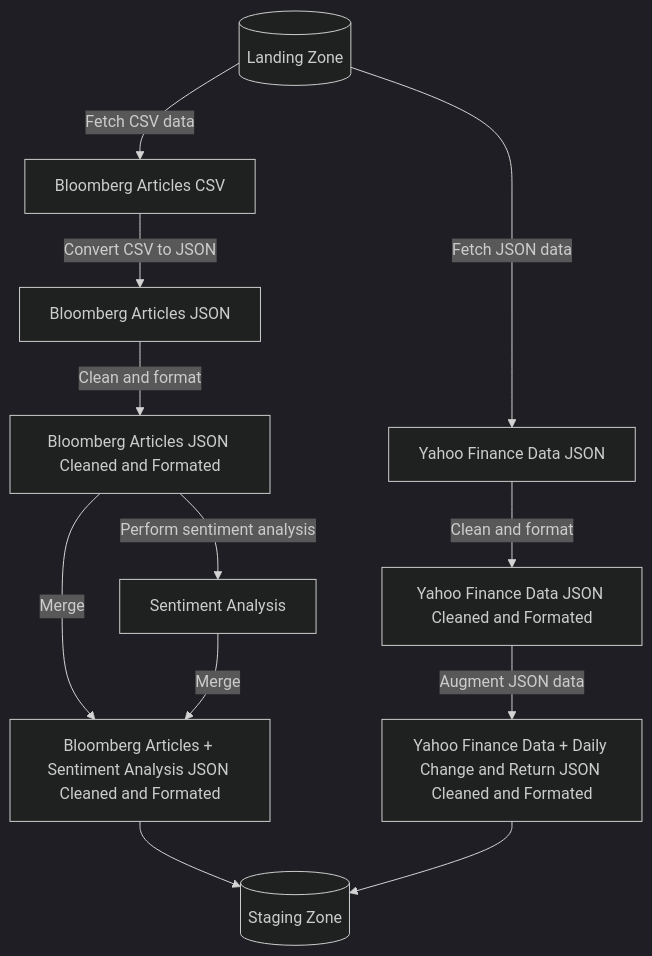
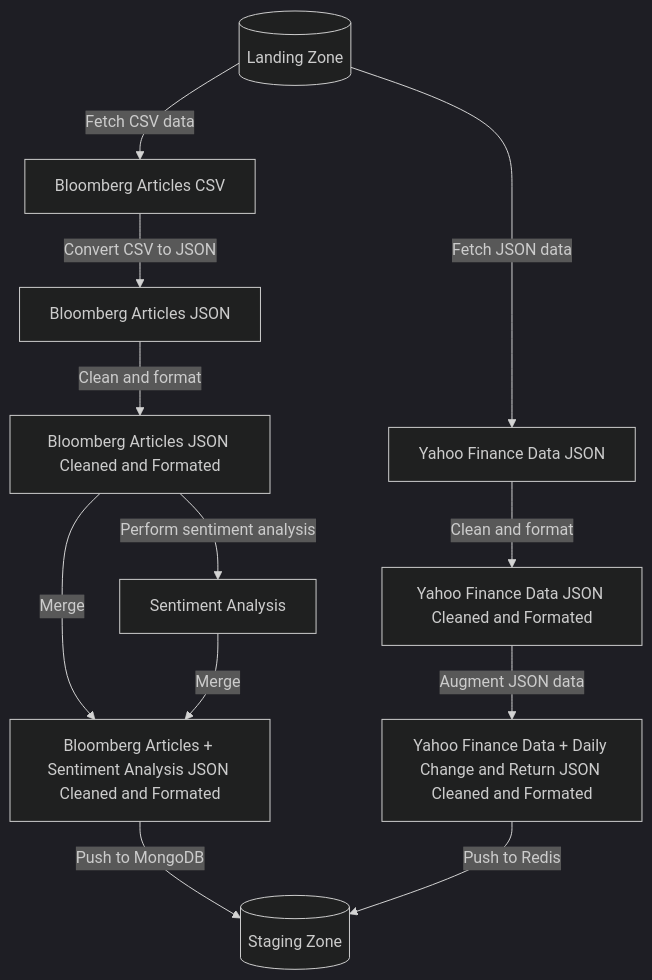
Before and after one commit to monthenry/StockMood: the second of 3 diagrams in README.md, drawn with Mermaid (dark theme). The commit also changed other lines of this file and 11 other files, not shown here.

````diff
--- a/README.md
+++ b/README.md
@@ -72,16 +75,16 @@
 ```mermaid
 flowchart TD
     landing[(Landing Zone)] --> |Fetch CSV data| bloomberg_branch[Bloomberg Articles CSV]
     landing --> |Fetch JSON data| yahoo_branch[Yahoo Finance Data JSON]
 
     bloomberg_branch --> |Convert CSV to JSON| convert_json[Bloomberg Articles JSON]
     convert_json --> |Clean and format| clean_bloomberg[Bloomberg Articles JSON Cleaned and Formated]
     clean_bloomberg --> |Perform sentiment analysis| sentiment_analysis[Sentiment Analysis]
     clean_bloomberg --> |Merge| merge_bloomberg[Bloomberg Articles + Sentiment Analysis JSON Cleaned and Formated]
     sentiment_analysis --> |Merge| merge_bloomberg
-    merge_bloomberg --> staging[(Staging Zone)]
+    merge_bloomberg --> |Push to MongoDB| staging[(Staging Zone)]
 
     yahoo_branch --> |Clean and format| clean_yahoo[Yahoo Finance Data JSON Cleaned and Formated]
     clean_yahoo --> |Augment JSON data| augment_yahoo[Yahoo Finance Data + Daily Change and Return JSON Cleaned and Formated]
-    augment_yahoo --> staging
+    augment_yahoo --> |Push to Redis| staging
 ```
````
